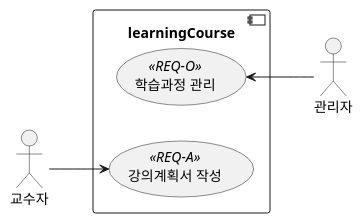
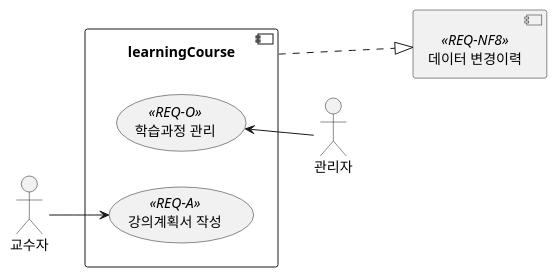
One commit to ohhoonim/lms changed the diagram in src/main/java/dev/ohhoonim/lms/domain/learningCourses/design/usecase.md. Above: the diagram before and after it, drawn with PlantUML. The commit also changed 10 other files, not shown here.

````diff
--- a/src/main/java/dev/ohhoonim/lms/domain/learningCourses/design/usecase.md
+++ b/src/main/java/dev/ohhoonim/lms/domain/learningCourses/design/usecase.md
@@ -5,15 +5,19 @@
 ```plantuml
 @startuml
 left to right direction
 :교수자: as professor
 :관리자: as manager
 
 component learningCourse {
     (강의계획서 작성) as req_a <<REQ-A>>
     (학습과정 관리) as req_o <<REQ-O>>
 
 }
+
+[데이터 변경이력] <<REQ-NF8>>
+
 professor --> req_a
 manager -up-> req_o
+learningCourse ...|> [데이터 변경이력]
 @enduml
 ```
````
